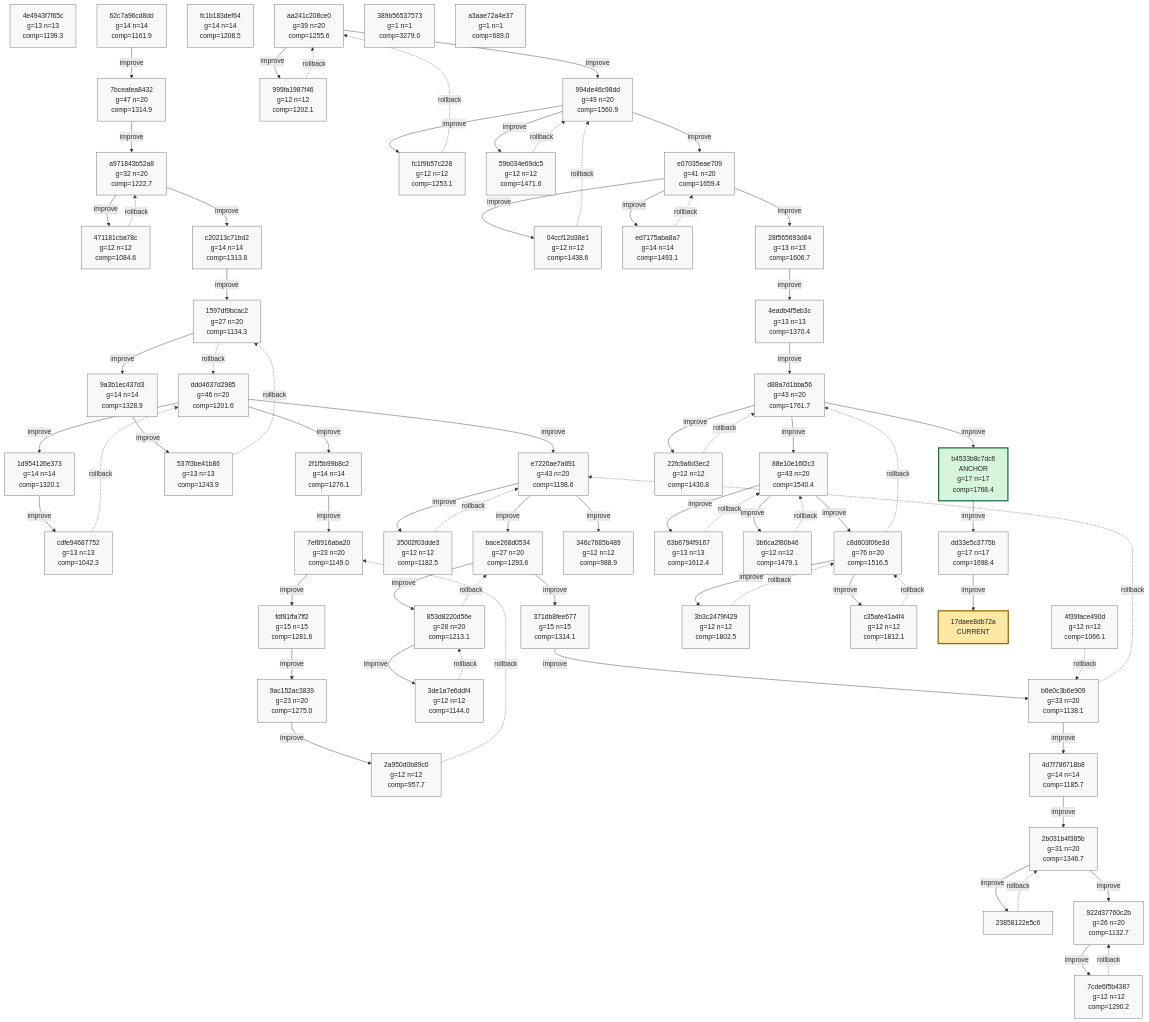
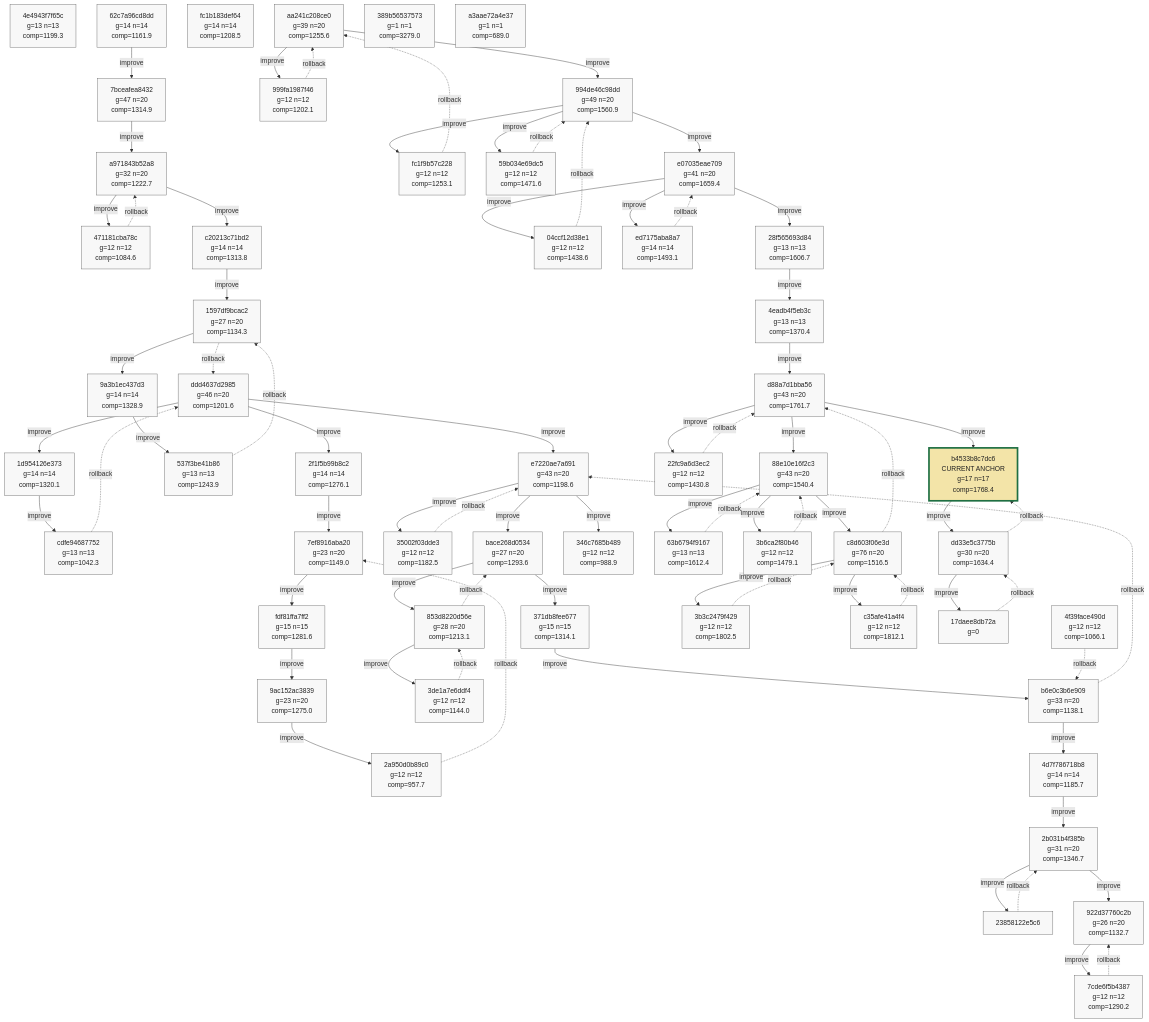
One commit to azumag/soviet_now changed the ninth of 9 diagrams in phyrogenetic-tree.md. Above: the diagram before and after it, drawn with Mermaid. The commit also changed other lines of this file and 2 other files, not shown here.

````diff
--- a/phyrogenetic-tree.md
+++ b/phyrogenetic-tree.md
@@ -2288,11 +2290,11 @@
     h_3b3c2479f429["3b3c2479f429<br/>g=12 n=12<br/>comp=1802.5"]
     h_c35afe41a4f4["c35afe41a4f4<br/>g=12 n=12<br/>comp=1812.1"]
     h_22fc9a6d3ec2["22fc9a6d3ec2<br/>g=12 n=12<br/>comp=1430.8"]
-    h_b4533b8c7dc6["b4533b8c7dc6<br/>ANCHOR<br/>g=17 n=17<br/>comp=1768.4"]
-    h_dd33e5c3775b["dd33e5c3775b<br/>g=17 n=17<br/>comp=1698.4"]
+    h_b4533b8c7dc6["b4533b8c7dc6<br/>CURRENT ANCHOR<br/>g=17 n=17<br/>comp=1768.4"]
+    h_dd33e5c3775b["dd33e5c3775b<br/>g=30 n=20<br/>comp=1634.4"]
+    h_17daee8db72a["17daee8db72a<br/>g=0"]
     h_389b56537573["389b56537573<br/>g=1 n=1<br/>comp=3279.0"]
     h_a3aae72a4e37["a3aae72a4e37<br/>g=1 n=1<br/>comp=689.0"]
-    h_17daee8db72a["17daee8db72a<br/>CURRENT"]
 
     h_ddd4637d2985 -->|improve| h_1d954126e373
     h_1d954126e373 -->|improve| h_cdfe94687752
@@ -2364,6 +2366,8 @@
     h_d88a7d1bba56 -->|improve| h_b4533b8c7dc6
     h_b4533b8c7dc6 -->|improve| h_dd33e5c3775b
     h_dd33e5c3775b -->|improve| h_17daee8db72a
+    h_17daee8db72a -. rollback .-> h_dd33e5c3775b
+    h_dd33e5c3775b -. rollback .-> h_b4533b8c7dc6
 
     classDef plain fill:#f8f8f8,stroke:#666,stroke-width:1px,color:#222;
     classDef current fill:#ffe8a3,stroke:#9a6700,stroke-width:3px,color:#222;
@@ -2420,9 +2424,9 @@
     class h_3b3c2479f429 plain;
     class h_c35afe41a4f4 plain;
     class h_22fc9a6d3ec2 plain;
-    class h_b4533b8c7dc6 anchor;
+    class h_b4533b8c7dc6 current_anchor;
     class h_dd33e5c3775b plain;
+    class h_17daee8db72a plain;
     class h_389b56537573 plain;
     class h_a3aae72a4e37 plain;
-    class h_17daee8db72a current;
 ```
````
